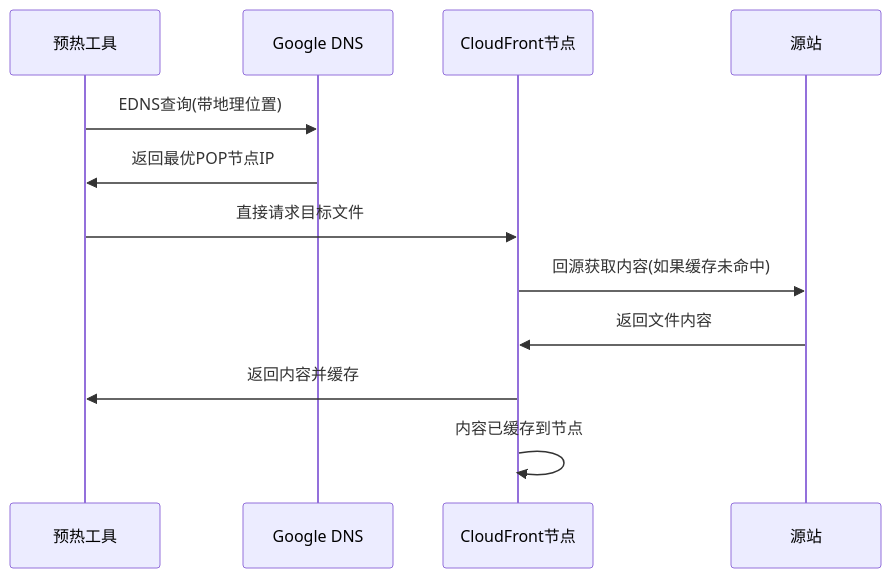
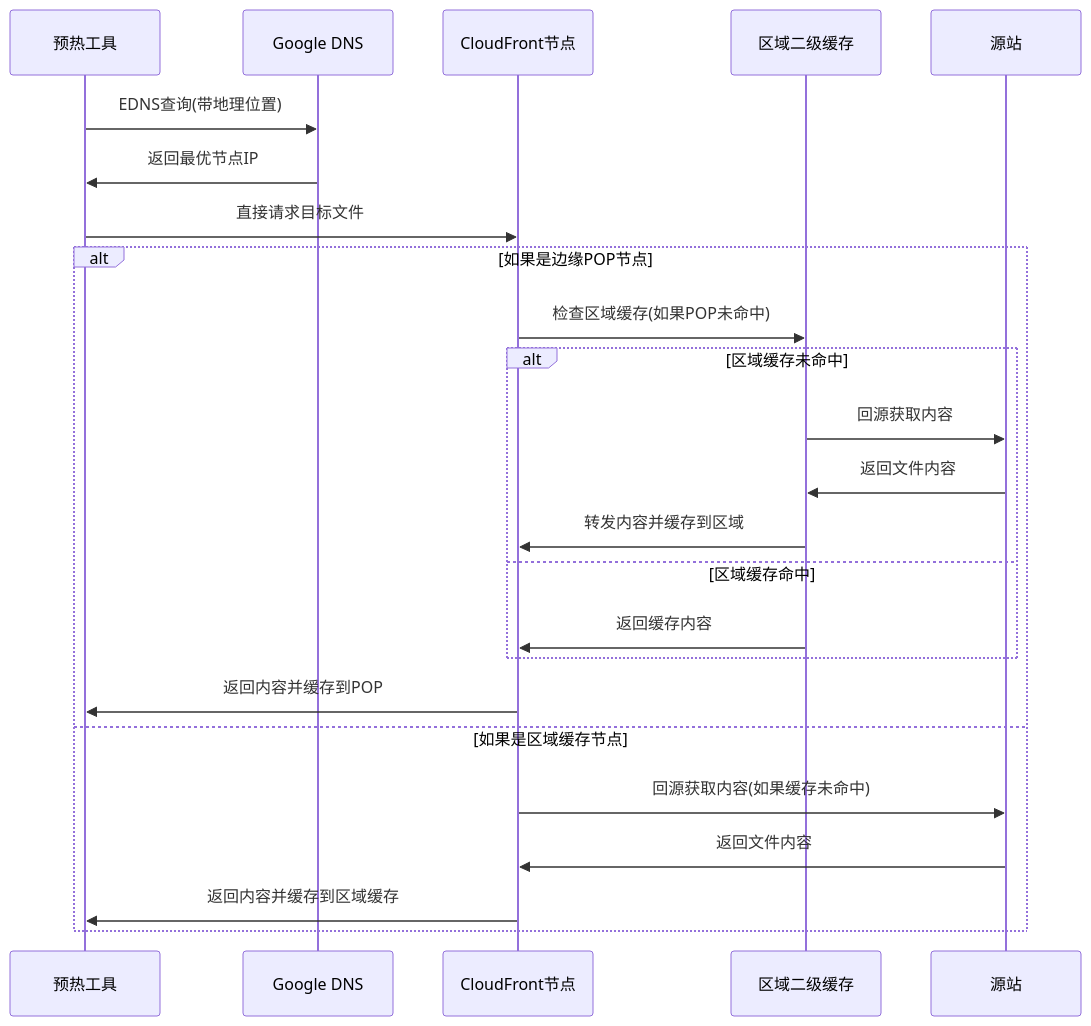
One commit to ddpie/aws-references changed the second of 17 diagrams in CloudFront预热方案详解.md. Above: the diagram before and after it, drawn with Mermaid. The commit also changed other lines of this file, not shown here.

````diff
--- a/CloudFront预热方案详解.md
+++ b/CloudFront预热方案详解.md
@@ -38,15 +38,28 @@
 ```mermaid
 sequenceDiagram
     participant Tool as 预热工具
     participant DNS as Google DNS
     participant CF as CloudFront节点
+    participant REC as 区域二级缓存
     participant Origin as 源站
     
     Tool->>DNS: EDNS查询(带地理位置)
-    DNS->>Tool: 返回最优POP节点IP
+    DNS->>Tool: 返回最优节点IP
     Tool->>CF: 直接请求目标文件
-    CF->>Origin: 回源获取内容(如果缓存未命中)
-    Origin->>CF: 返回文件内容
-    CF->>Tool: 返回内容并缓存
-    CF->>CF: 内容已缓存到节点
+    
+    alt 如果是边缘POP节点
+        CF->>REC: 检查区域缓存(如果POP未命中)
+        alt 区域缓存未命中
+            REC->>Origin: 回源获取内容
+            Origin->>REC: 返回文件内容
+            REC->>CF: 转发内容并缓存到区域
+        else 区域缓存命中
+            REC->>CF: 返回缓存内容
+        end
+        CF->>Tool: 返回内容并缓存到POP
+    else 如果是区域缓存节点
+        CF->>Origin: 回源获取内容(如果缓存未命中)
+        Origin->>CF: 返回文件内容
+        CF->>Tool: 返回内容并缓存到区域缓存
+    end
 ```
````
